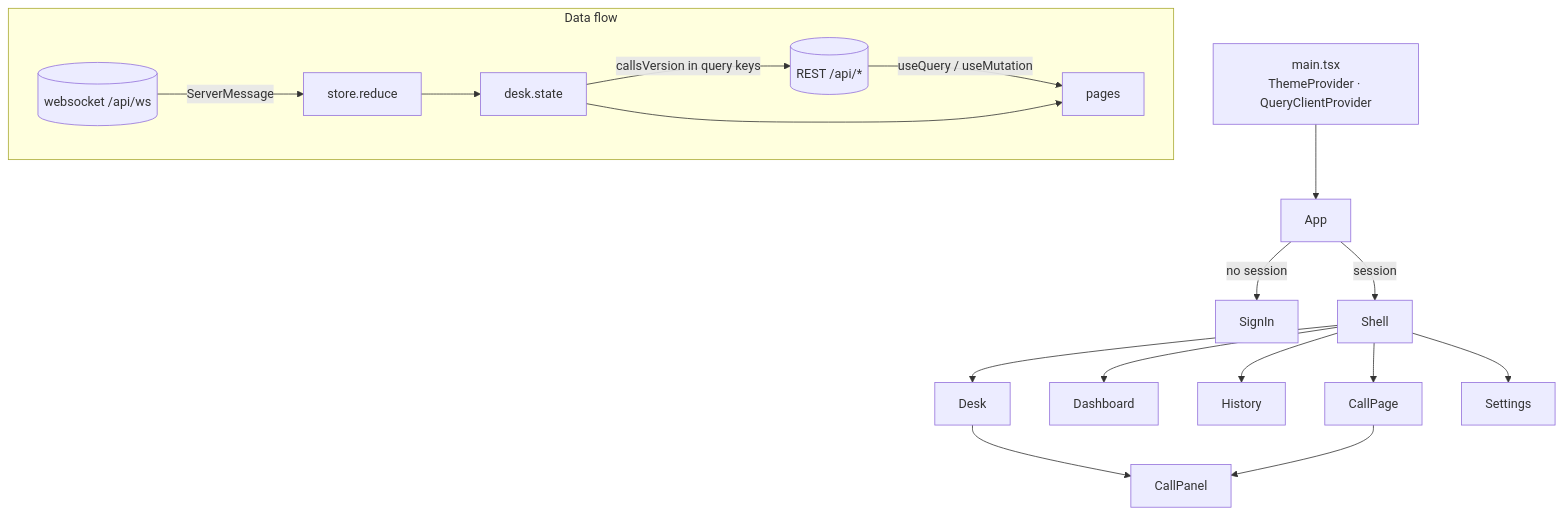
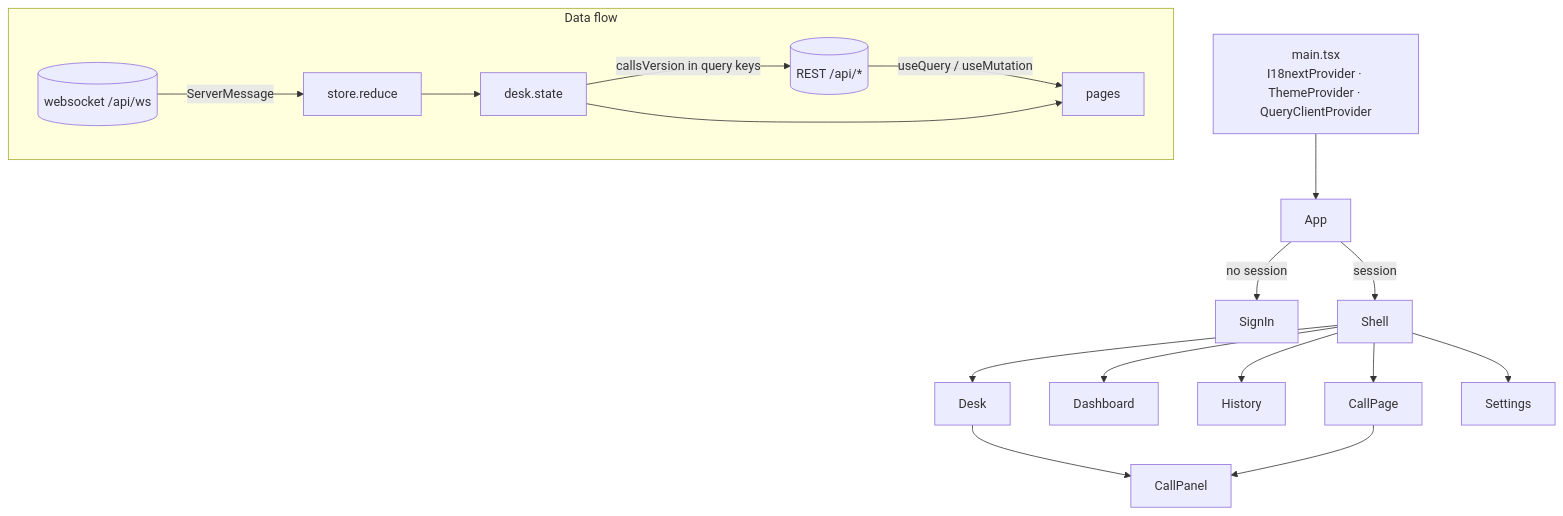
One commit to ggcaponetto/patchbay-contact-center changed the first of 2 diagrams in apps/web/README.md. Above: the diagram before and after it, drawn with Mermaid. The commit also changed other lines of this file and 166 other files, not shown here.

````diff
--- a/apps/web/README.md
+++ b/apps/web/README.md
@@ -61,16 +82,16 @@
 ```mermaid
 flowchart TD
-  main[main.tsx<br/>ThemeProvider · QueryClientProvider] --> App
+  main[main.tsx<br/>I18nextProvider · ThemeProvider · QueryClientProvider] --> App
   App -- no session --> SignIn
   App -- session --> Shell
   Shell --> Desk & Dashboard & History & CallPage & Settings
   Desk --> CallPanel
   CallPage --> CallPanel
 
   subgraph data [Data flow]
     REST[(REST /api/*)] -- useQuery / useMutation --> pages[pages]
     WS[(websocket /api/ws)] -- ServerMessage --> reduce[store.reduce] --> state[desk.state]
     state --> pages
     state -- callsVersion in query keys --> REST
   end
 ```
````
